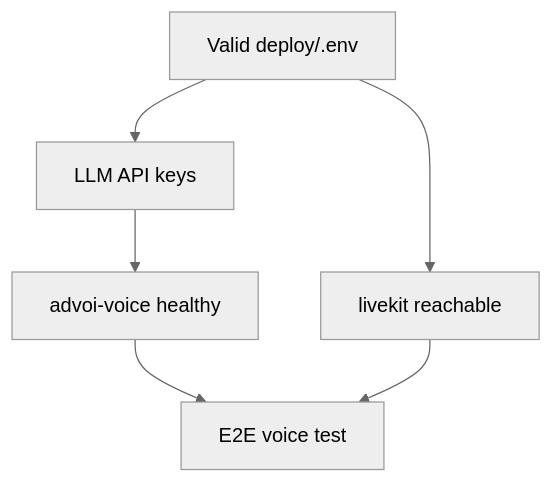
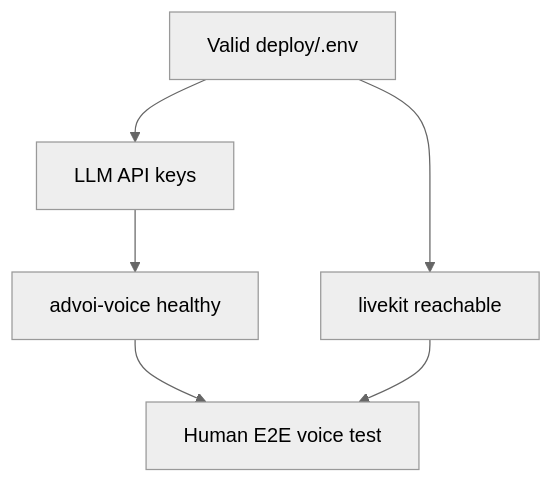
The diagram in docs/current-state/gaps-and-blockers.md (ActArtech/advoi-system), drawn with Mermaid (neutral theme) before and after one commit. The commit also changed other lines of this file and 5 other files, not shown here.

````diff
--- a/docs/current-state/gaps-and-blockers.md
+++ b/docs/current-state/gaps-and-blockers.md
@@ -98,14 +143,14 @@
 ```mermaid
 flowchart TD
   ENV[Valid deploy/.env]
   KEYS[LLM API keys]
   VOICE[advoi-voice healthy]
   LK[livekit reachable]
-  E2E[E2E voice test]
+  E2E[Human E2E voice test]
 
   ENV --> KEYS
   KEYS --> VOICE
   ENV --> LK
   VOICE --> E2E
   LK --> E2E
 ```
````
